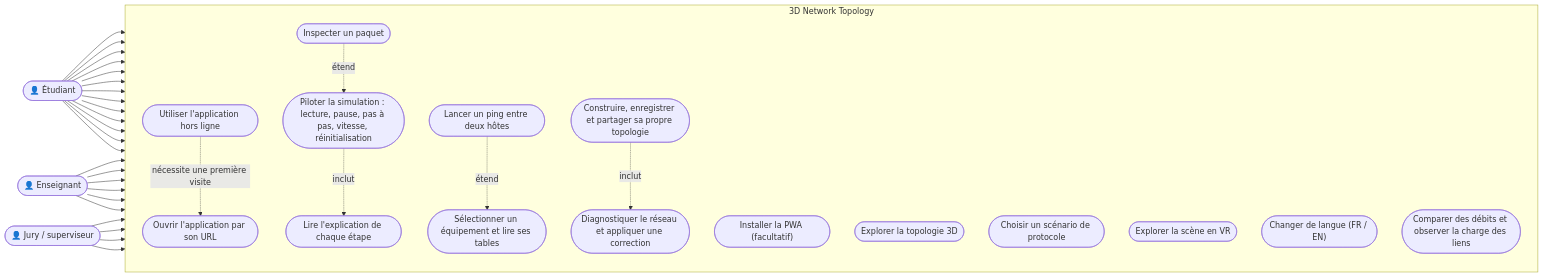
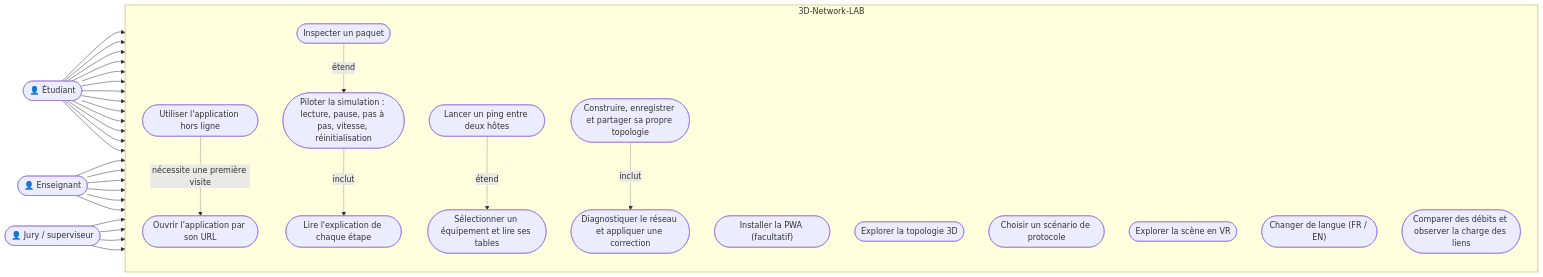
Before and after one commit to ramydriwech/3D-Network-LAB: the diagram in docs/conception/cas-utilisation.md, drawn with Mermaid. The commit also changed 29 other files, not shown here.

Commit message:
Nouveau nom de l'application : 3D-Network-LAB

````diff
--- a/docs/conception/cas-utilisation.md
+++ b/docs/conception/cas-utilisation.md
@@ -3,40 +3,40 @@
 ```mermaid
 flowchart LR
   etu(["👤 Étudiant"])
   ens(["👤 Enseignant"])
   jury(["👤 Jury / superviseur"])
 
-  subgraph app["3D Network Topology"]
+  subgraph app["3D-Network-LAB"]
     direction TB
     uc1(["Ouvrir l'application par son URL"])
     uc2(["Installer la PWA (facultatif)"])
     uc3(["Explorer la topologie 3D"])
     uc4(["Choisir un scénario de protocole"])
     uc5(["Piloter la simulation : lecture, pause, pas à pas, vitesse, réinitialisation"])
     uc6(["Lire l'explication de chaque étape"])
     uc7(["Sélectionner un équipement et lire ses tables"])
     uc8(["Lancer un ping entre deux hôtes"])
     uc9(["Inspecter un paquet"])
     uc10(["Explorer la scène en VR"])
     uc11(["Utiliser l'application hors ligne"])
     uc12(["Changer de langue (FR / EN)"])
     uc13(["Comparer des débits et observer la charge des liens"])
     uc14(["Diagnostiquer le réseau et appliquer une correction"])
     uc15(["Construire, enregistrer et partager sa propre topologie"])
   end
 
   etu --> uc1 & uc2 & uc3 & uc4 & uc5 & uc7 & uc9 & uc10 & uc11 & uc12
   ens --> uc1 & uc4 & uc5 & uc8
   jury --> uc1 & uc2 & uc10 & uc11
 
   uc5 -. inclut .-> uc6
   uc8 -. étend .-> uc7
   uc9 -. étend .-> uc5
   uc11 -. nécessite une première visite .-> uc1
   etu --> uc13
   etu --> uc14
   ens --> uc14
   etu --> uc15
   ens --> uc15
   uc15 -. inclut .-> uc14
 ```
````
